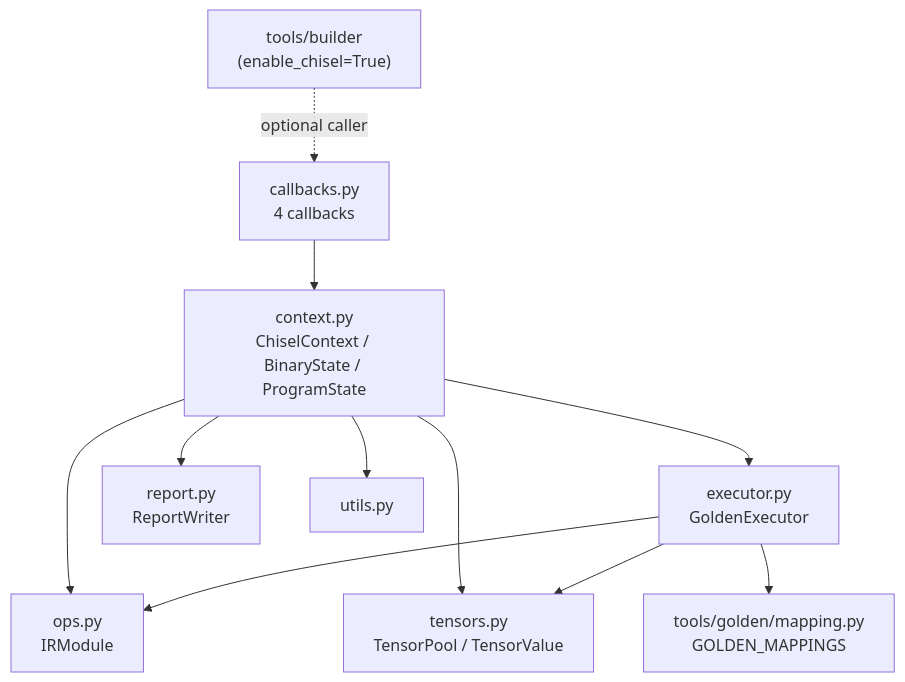
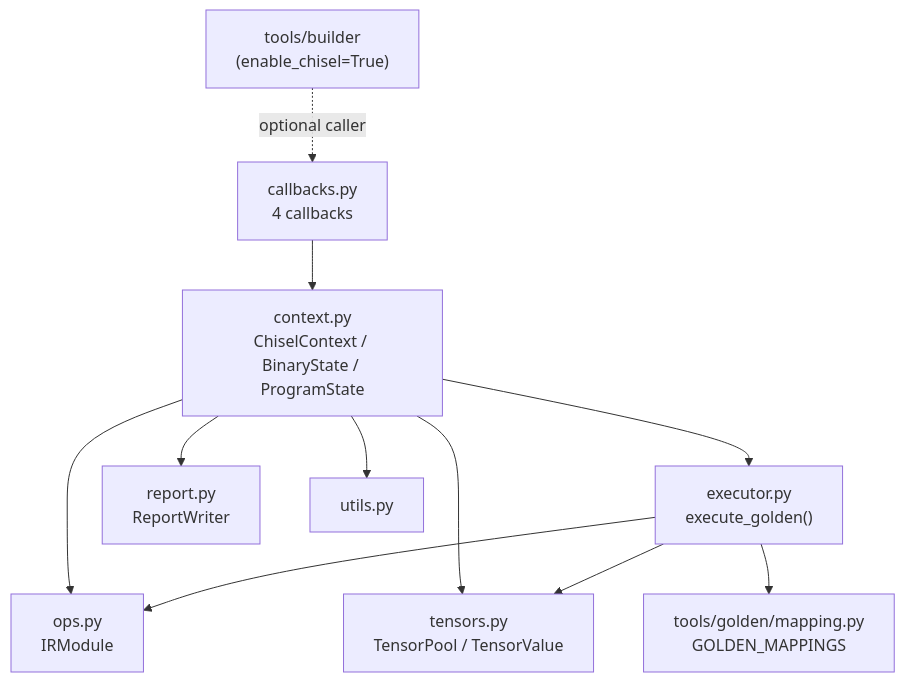
One commit to tenstorrent/tt-mlir changed the third of 4 diagrams in tools/chisel/docs/architecture.md. Above: the diagram before and after it, drawn with Mermaid. The commit also changed other lines of this file and 11 other files, not shown here.

Commit message:
remove goldenExecutor

````diff
--- a/tools/chisel/docs/architecture.md
+++ b/tools/chisel/docs/architecture.md
@@ -167,13 +165,13 @@
 ```mermaid
 flowchart TD;
     BLD["tools/builder<br/>(enable_chisel=True)"] -.->|optional caller| CB
     CB["callbacks.py<br/>4 callbacks"] --> CTX["context.py<br/>ChiselContext / BinaryState / ProgramState"]
     CTX --> IR["ops.py<br/>IRModule"]
     CTX --> TP["tensors.py<br/>TensorPool / TensorValue"]
-    CTX --> EX["executor.py<br/>GoldenExecutor"]
+    CTX --> EX["executor.py<br/>execute_golden()"]
     CTX --> RPT["report.py<br/>ReportWriter"]
     EX --> GM["tools/golden/mapping.py<br/>GOLDEN_MAPPINGS"]
     EX --> TP
     EX --> IR
     CTX --> UT["utils.py"]
 ```
````
